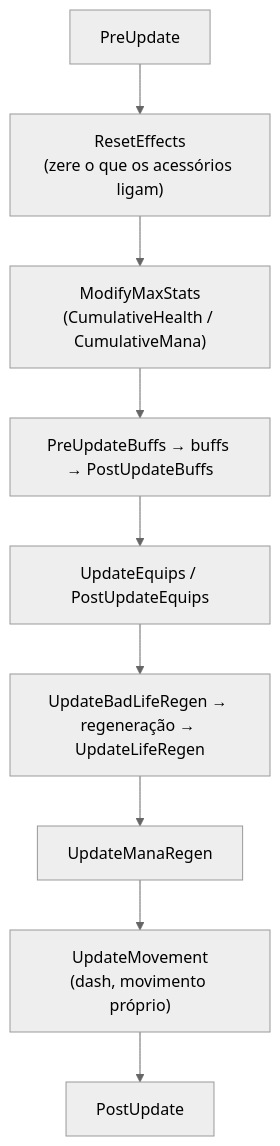
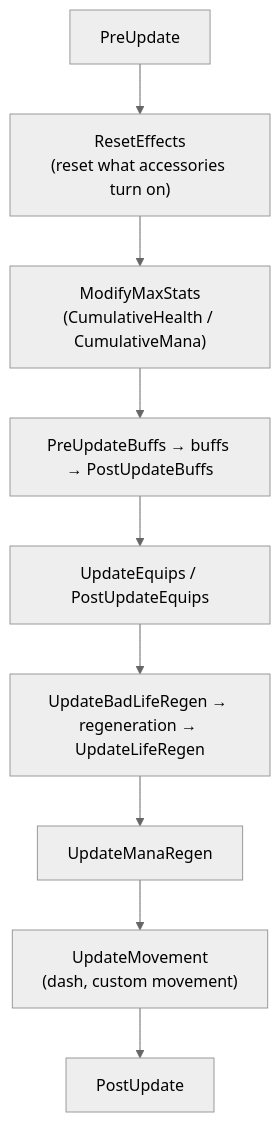
One commit to JonataOliveiraa/Bunny-Loader changed the diagram in docs/mods/08-jogador-e-buffs.md. Above: the diagram before and after it, drawn with Mermaid (neutral theme). The commit also changed other lines of this file and 89 other files, not shown here.

````diff
--- a/docs/mods/08-jogador-e-buffs.md
+++ b/docs/mods/08-jogador-e-buffs.md
@@ -73,11 +74,11 @@
 ```mermaid
 flowchart TD
-    A["PreUpdate"] --> B["ResetEffects<br/>(zere o que os acessórios ligam)"]
+    A["PreUpdate"] --> B["ResetEffects<br/>(reset what accessories turn on)"]
     B --> C["ModifyMaxStats<br/>(CumulativeHealth / CumulativeMana)"]
     C --> D["PreUpdateBuffs → buffs → PostUpdateBuffs"]
     D --> E["UpdateEquips / PostUpdateEquips"]
-    E --> F["UpdateBadLifeRegen → regeneração → UpdateLifeRegen"]
+    E --> F["UpdateBadLifeRegen → regeneration → UpdateLifeRegen"]
     F --> G["UpdateManaRegen"]
-    G --> H["UpdateMovement<br/>(dash, movimento próprio)"]
+    G --> H["UpdateMovement<br/>(dash, custom movement)"]
     H --> I["PostUpdate"]
 ```
````
